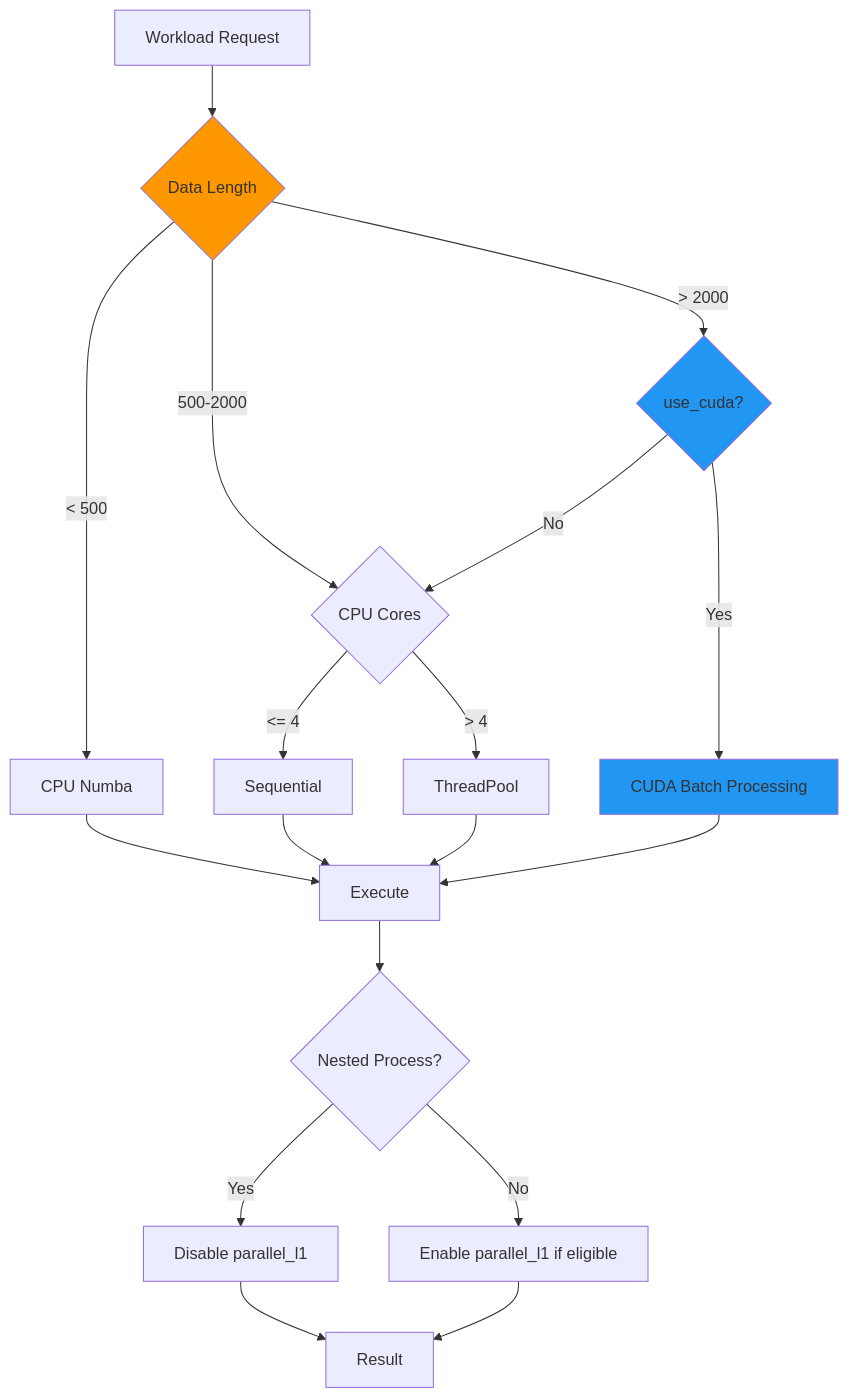
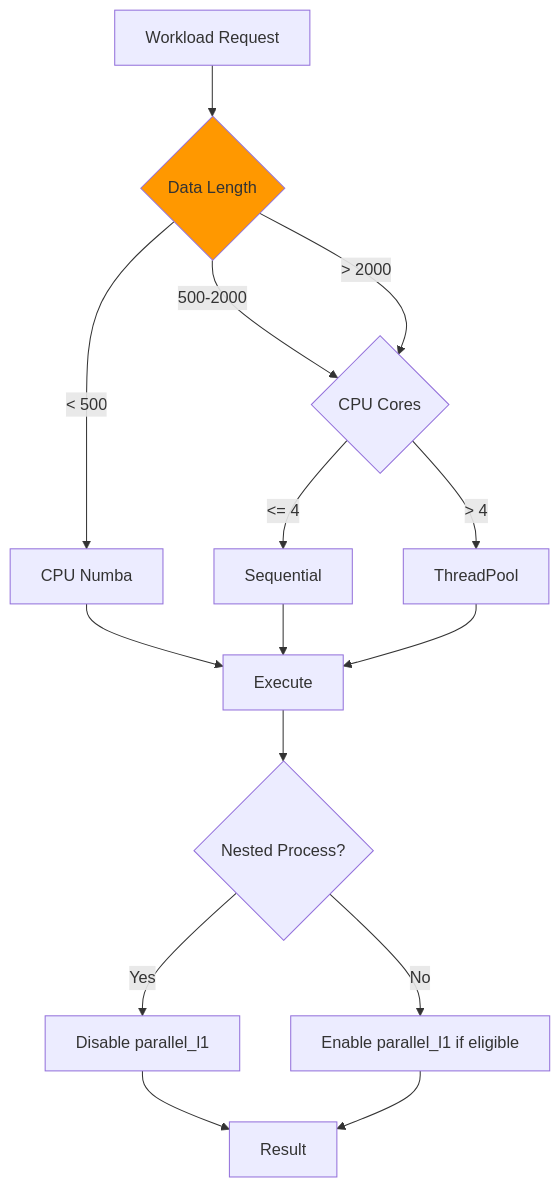
Diagram 11 of 11 in modules/adaptive_trend_LTS_mini/docs/optimization_flow_diagram.md (Nguyenthang2292/Sovereign-IQ), drawn with Mermaid before and after one commit. The commit also changed other lines of this file and 167 other files, not shown here.

````diff
--- a/modules/adaptive_trend_LTS_mini/docs/optimization_flow_diagram.md
+++ b/modules/adaptive_trend_LTS_mini/docs/optimization_flow_diagram.md
@@ -498,30 +456,24 @@
 ```mermaid
 graph TD
     A[Workload Request] --> B{Data Length}
 
     B -->|< 500| C[CPU Numba]
     B -->|500-2000| D{CPU Cores}
-    B -->|> 2000| E{use_cuda?}
+    B -->|> 2000| D
 
     D -->|<= 4| F[Sequential]
     D -->|> 4| G[ThreadPool]
 
-    E -->|Yes| H[CUDA Batch Processing]
-    E -->|No| D
-
     C --> I[Execute]
     F --> I
     G --> I
-    H --> I
 
     I --> J{Nested Process?}
     J -->|Yes| K[Disable parallel_l1]
     J -->|No| L[Enable parallel_l1 if eligible]
 
     K --> M[Result]
     L --> M
 
     style B fill:#FF9800
-    style E fill:#2196F3
-    style H fill:#2196F3
 ```
````
